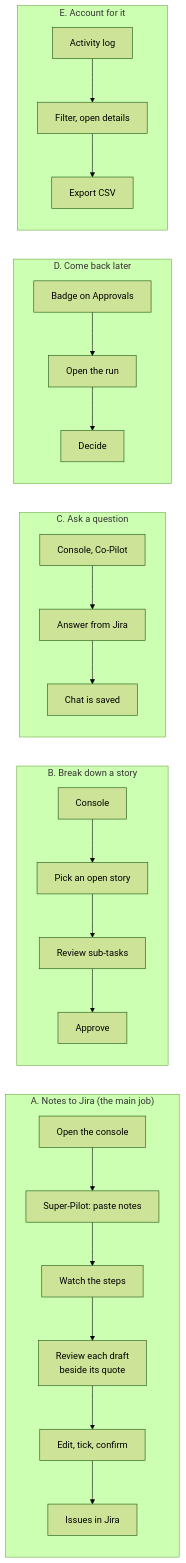
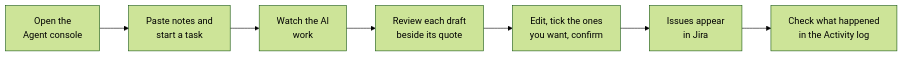
One commit to CogniPM-Team/Cogni-PM changed the first of 2 diagrams in docs/ux-plan.md. Above: the diagram before and after it, drawn with Mermaid (forest theme). The commit also changed other lines of this file and 3 other files, not shown here.

````diff
--- a/docs/ux-plan.md
+++ b/docs/ux-plan.md
@@ -21,22 +20,9 @@
 ```mermaid
 flowchart LR
-    subgraph A["A. Notes to Jira (the main job)"]
-      A1["Open the console"] --> A2["Super-Pilot: paste notes"]
-      A2 --> A3["Watch the steps"]
-      A3 --> A4["Review each draft<br/>beside its quote"]
-      A4 --> A5["Edit, tick, confirm"]
-      A5 --> A6["Issues in Jira"]
-    end
-    subgraph B["B. Break down a story"]
-      B1["Console"] --> B2["Pick an open story"] --> B3["Review sub-tasks"] --> B4["Approve"]
-    end
-    subgraph C["C. Ask a question"]
-      C1["Console, Co-Pilot"] --> C2["Answer from Jira"] --> C3["Chat is saved"]
-    end
-    subgraph D["D. Come back later"]
-      D1["Badge on Approvals"] --> D2["Open the run"] --> D3["Decide"]
-    end
-    subgraph E["E. Account for it"]
-      E1["Activity log"] --> E2["Filter, open details"] --> E3["Export CSV"]
-    end
+    A["Open the<br/>Agent console"] --> B["Paste notes and<br/>start a task"]
+    B --> C["Watch the AI<br/>work"]
+    C --> D["Review each draft<br/>beside its quote"]
+    D --> E["Edit, tick the ones<br/>you want, confirm"]
+    E --> F["Issues appear<br/>in Jira"]
+    F --> G["Check what happened<br/>in the Activity log"]
 ```
````
